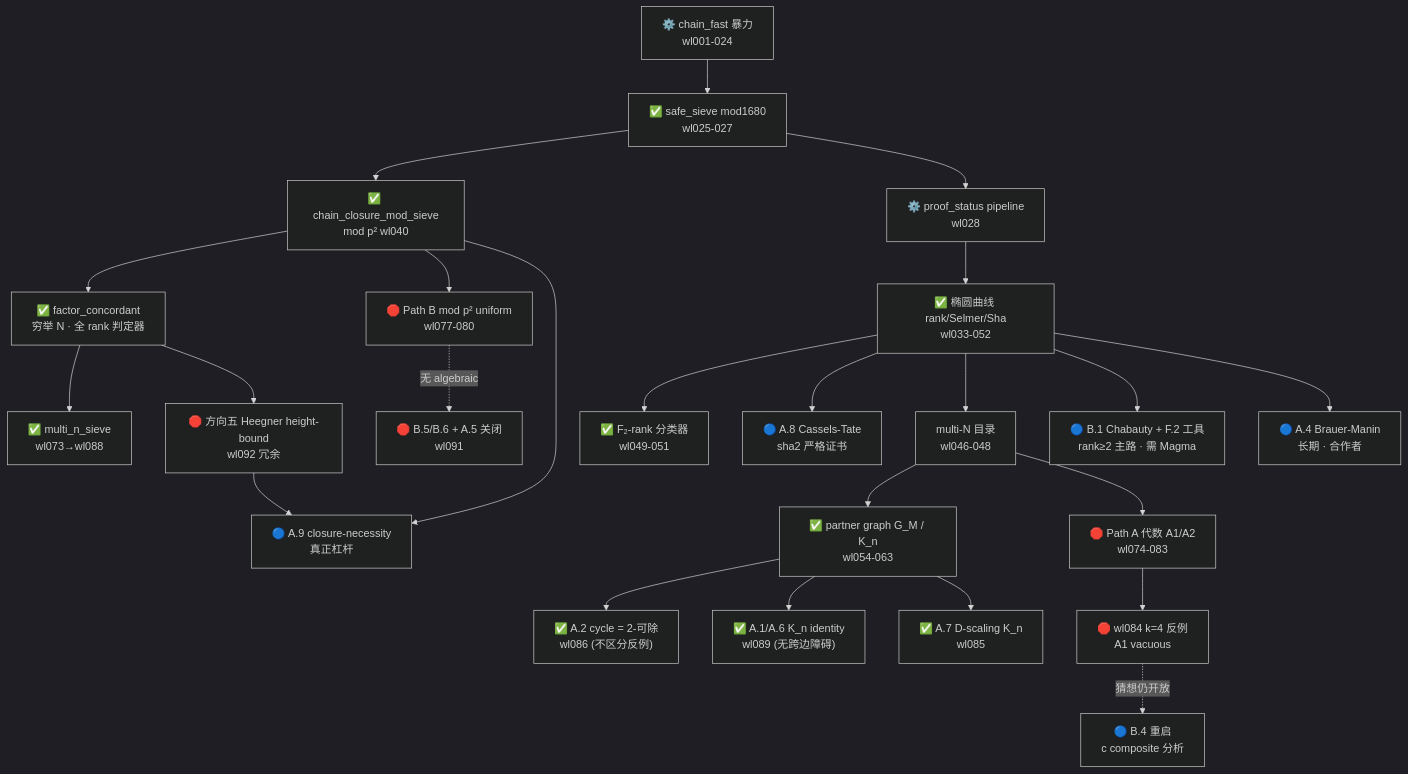
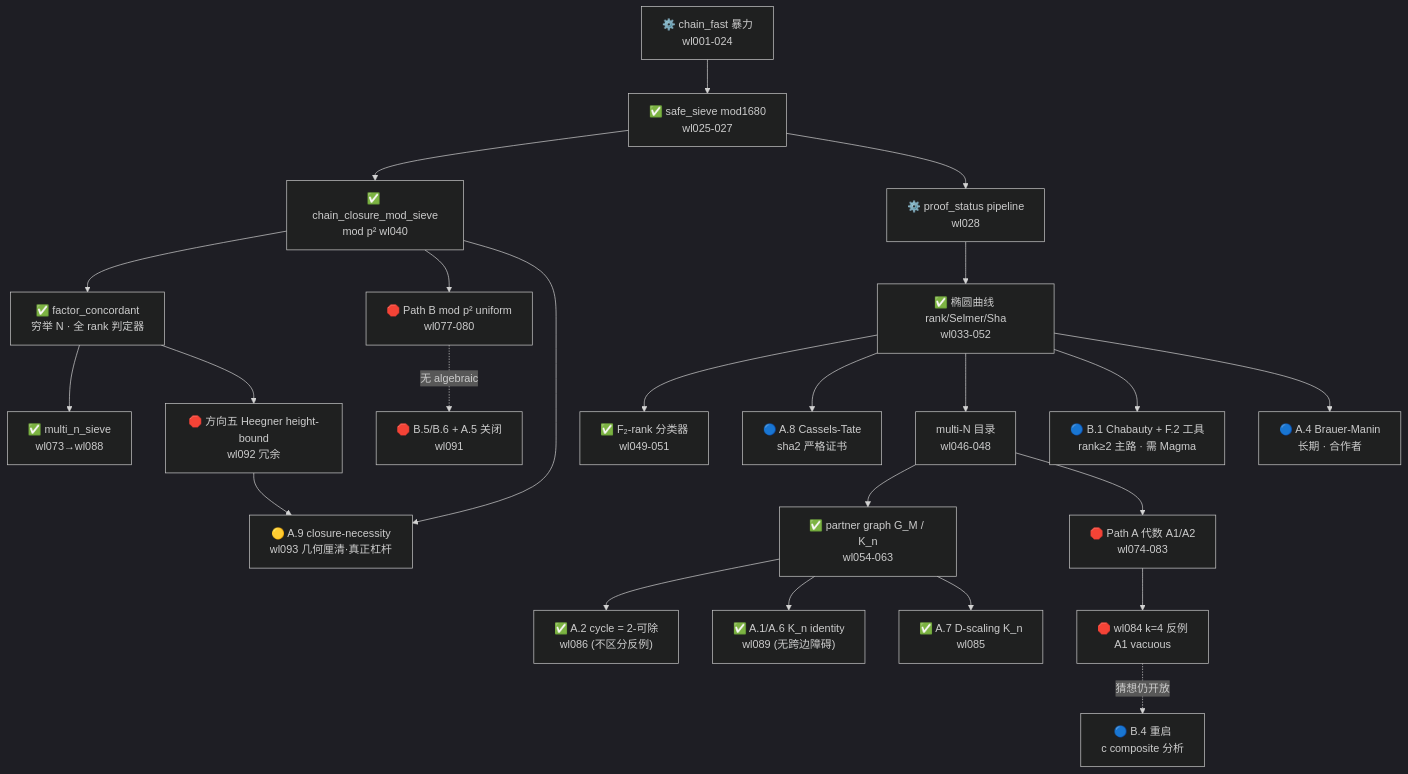
One commit to mtt-konan/d19 changed the diagram in docs/EXPLORATION_MAP.md. Above: the diagram before and after it, drawn with Mermaid (dark theme). The commit also changed other lines of this file and 4 other files, not shown here.

Commit message:
wl093: A.9 closure-necessity — sum-relation is inside-square only; whole-plane condition is GEN-CLOSURE (4 linear relations)

````diff
--- a/docs/EXPLORATION_MAP.md
+++ b/docs/EXPLORATION_MAP.md
@@ -248,31 +256,31 @@
 ```mermaid
 graph TD
   CF["⚙️ chain_fast 暴力<br/>wl001-024"] --> SS["✅ safe_sieve mod1680<br/>wl025-027"]
   SS --> CCMS["✅ chain_closure_mod_sieve<br/>mod p² wl040"]
   SS --> PS["⚙️ proof_status pipeline<br/>wl028"]
   CCMS --> FC["✅ factor_concordant<br/>穷举 N · 全 rank 判定器"]
   FC --> MNS["✅ multi_n_sieve<br/>wl073→wl088"]
 
   PS --> EC["✅ 椭圆曲线 rank/Selmer/Sha<br/>wl033-052"]
   EC --> F2["✅ F₂-rank 分类器<br/>wl049-051"]
   EC --> CT["🔵 A.8 Cassels-Tate<br/>sha2 严格证书"]
 
   EC --> MN["multi-N 目录<br/>wl046-048"]
   MN --> PG["✅ partner graph G_M / K_n<br/>wl054-063"]
   PG --> CYC["✅ A.2 cycle = 2-可除<br/>wl086 (不区分反例)"]
   PG --> KN["✅ A.1/A.6 K_n identity<br/>wl089 (无跨边障碍)"]
   PG --> DSC["✅ A.7 D-scaling K_n<br/>wl085"]
 
   MN --> PA["🛑 Path A 代数 A1/A2<br/>wl074-083"]
   PA --> PABUG["🛑 wl084 k=4 反例<br/>A1 vacuous"]
   PABUG -.猜想仍开放.-> PAOPEN["🔵 B.4 重启<br/>c composite 分析"]
 
   CCMS --> PB["🛑 Path B mod p² uniform<br/>wl077-080"]
   PB -.无 algebraic.-> PBwall["🛑 B.5/B.6 + A.5 关闭<br/>wl091"]
 
   FC --> HEEG["🛑 方向五 Heegner height-bound<br/>wl092 冗余"]
-  HEEG --> CN["🔵 A.9 closure-necessity<br/>真正杠杆"]
+  HEEG --> CN["🟡 A.9 closure-necessity<br/>wl093 几何厘清·真正杠杆"]
   CCMS --> CN
   EC --> CHAB["🔵 B.1 Chabauty + F.2 工具<br/>rank≥2 主路 · 需 Magma"]
   EC --> BM["🔵 A.4 Brauer-Manin<br/>长期 · 合作者"]
 ```
````
